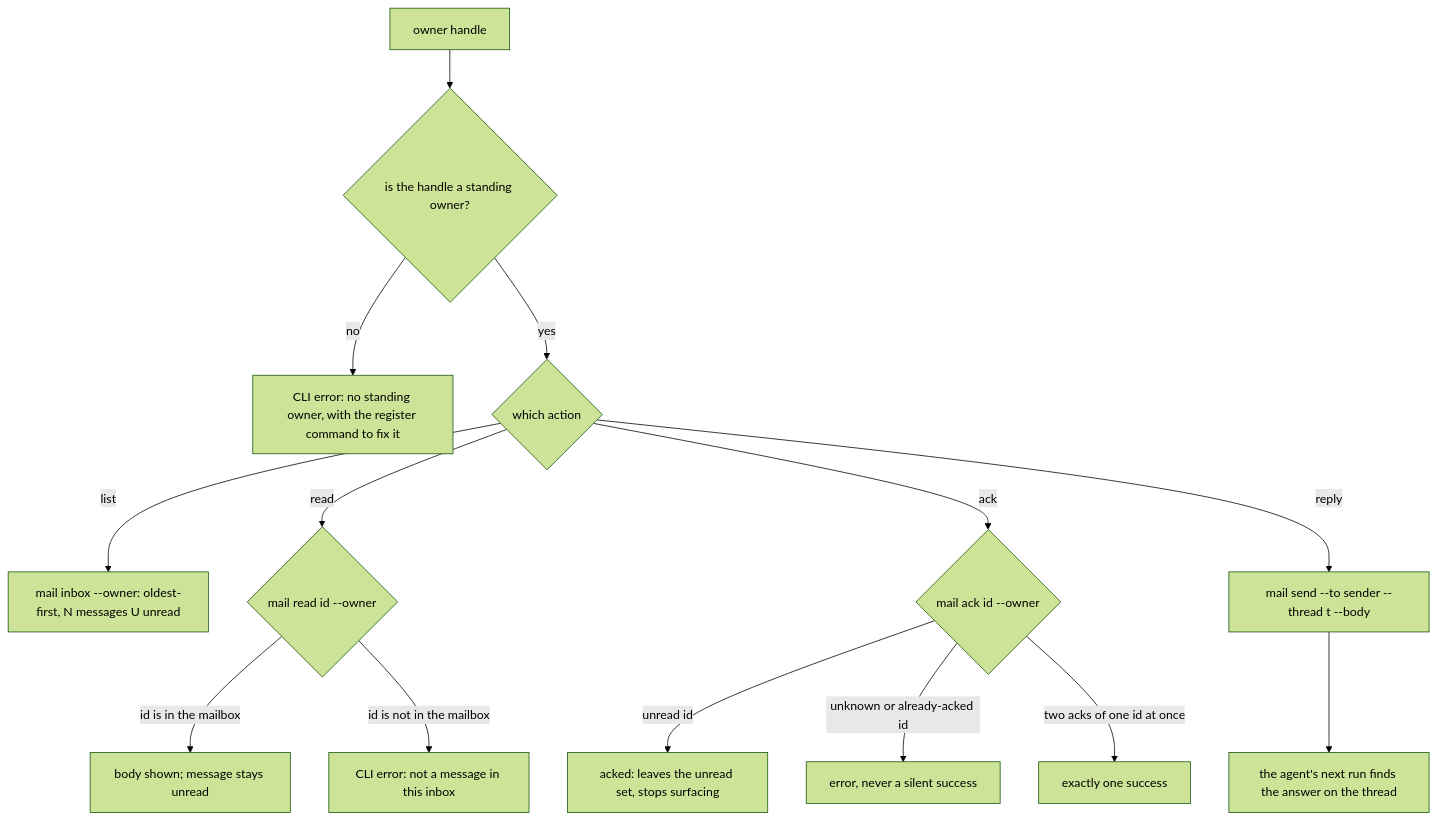
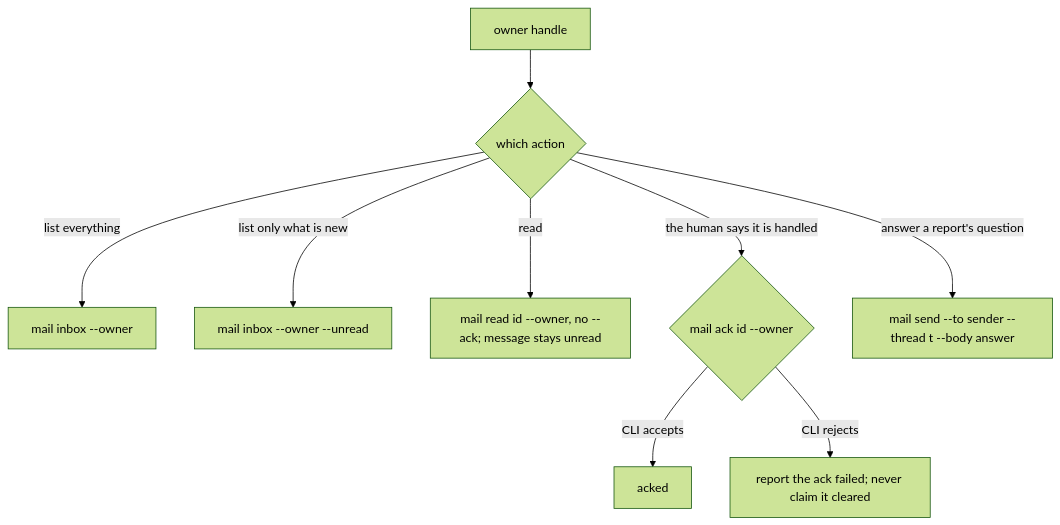
The third of 3 diagrams in .agents/specs/cyberlegion-plugin/inbox/README.md (cyberuni/cyberlegion), drawn with Mermaid (forest theme) before and after one commit. The commit also changed other lines of this file and 6 other files, not shown here.

First line of the commit message:
Stop manage-inbox from guessing among several standing owners (#60)

````diff
--- a/.agents/specs/cyberlegion-plugin/inbox/README.md
+++ b/.agents/specs/cyberlegion-plugin/inbox/README.md
@@ -100,16 +154,11 @@
 ```mermaid
 graph TD
-  HANDLE[owner handle] --> KNOWN{is the handle a standing owner?}
-  KNOWN -->|no| NOTOWNER[CLI error: no standing owner, with the register command to fix it]
-  KNOWN -->|yes| WHICH{which action}
-  WHICH -->|list| INBOX[mail inbox --owner: oldest-first, N messages U unread]
-  WHICH -->|read| READ{mail read id --owner}
-  READ -->|id is in the mailbox| BODY[body shown; message stays unread]
-  READ -->|id is not in the mailbox| READERR[CLI error: not a message in this inbox]
-  WHICH -->|ack| ACK{mail ack id --owner}
-  ACK -->|unread id| ACKED[acked: leaves the unread set, stops surfacing]
-  ACK -->|unknown or already-acked id| ACKERR[error, never a silent success]
-  ACK -->|two acks of one id at once| ONE[exactly one success]
-  WHICH -->|reply| SEND[mail send --to sender --thread t --body]
-  SEND --> PICKUP[the agent's next run finds the answer on the thread]
+  HANDLE[owner handle] --> WHICH{which action}
+  WHICH -->|list everything| INBOX[mail inbox --owner]
+  WHICH -->|list only what is new| UNREAD[mail inbox --owner --unread]
+  WHICH -->|read| READ[mail read id --owner, no --ack; message stays unread]
+  WHICH -->|the human says it is handled| ACK{mail ack id --owner}
+  ACK -->|CLI accepts| ACKED[acked]
+  ACK -->|CLI rejects| ACKFAIL[report the ack failed; never claim it cleared]
+  WHICH -->|answer a report's question| SEND[mail send --to sender --thread t --body answer]
 ```
````
